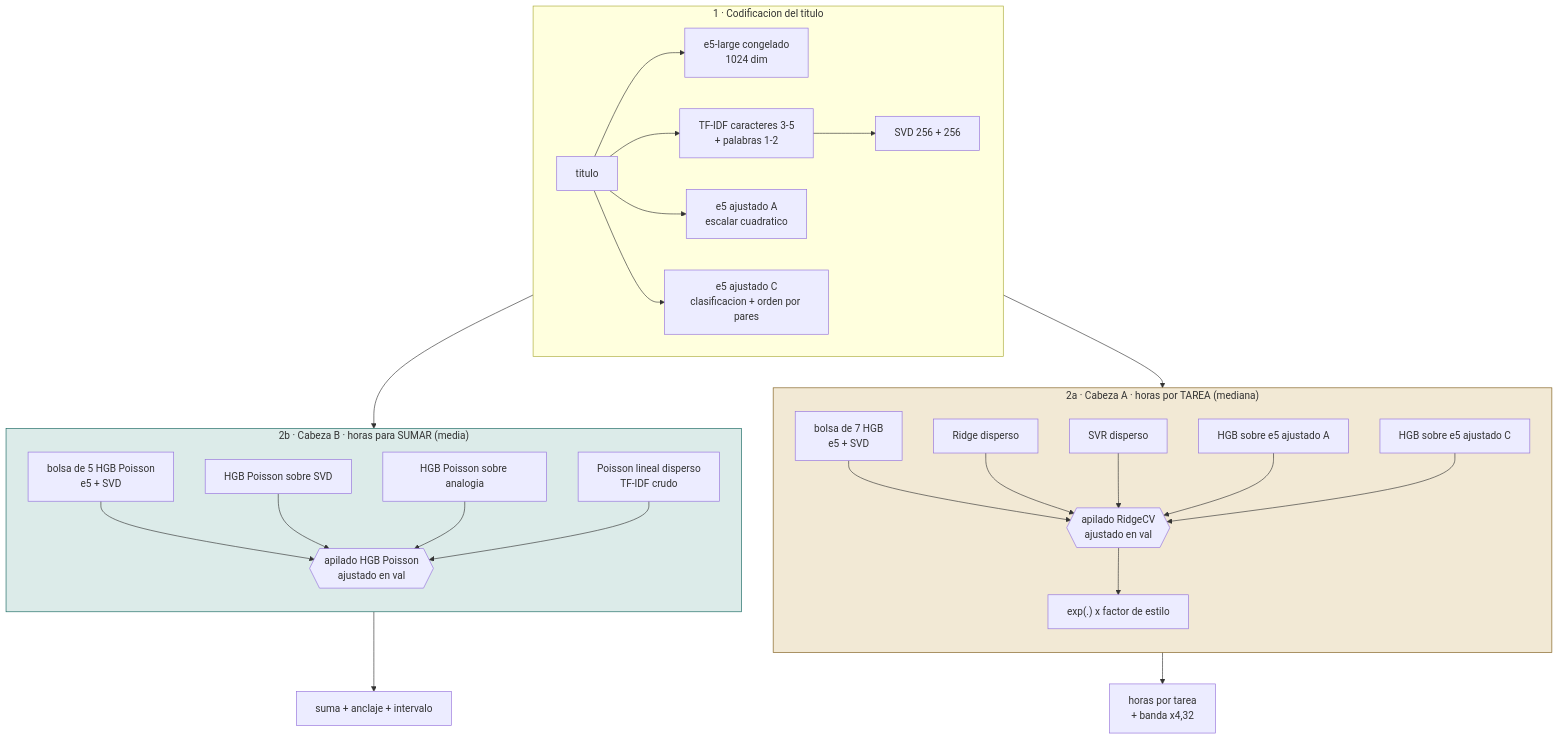
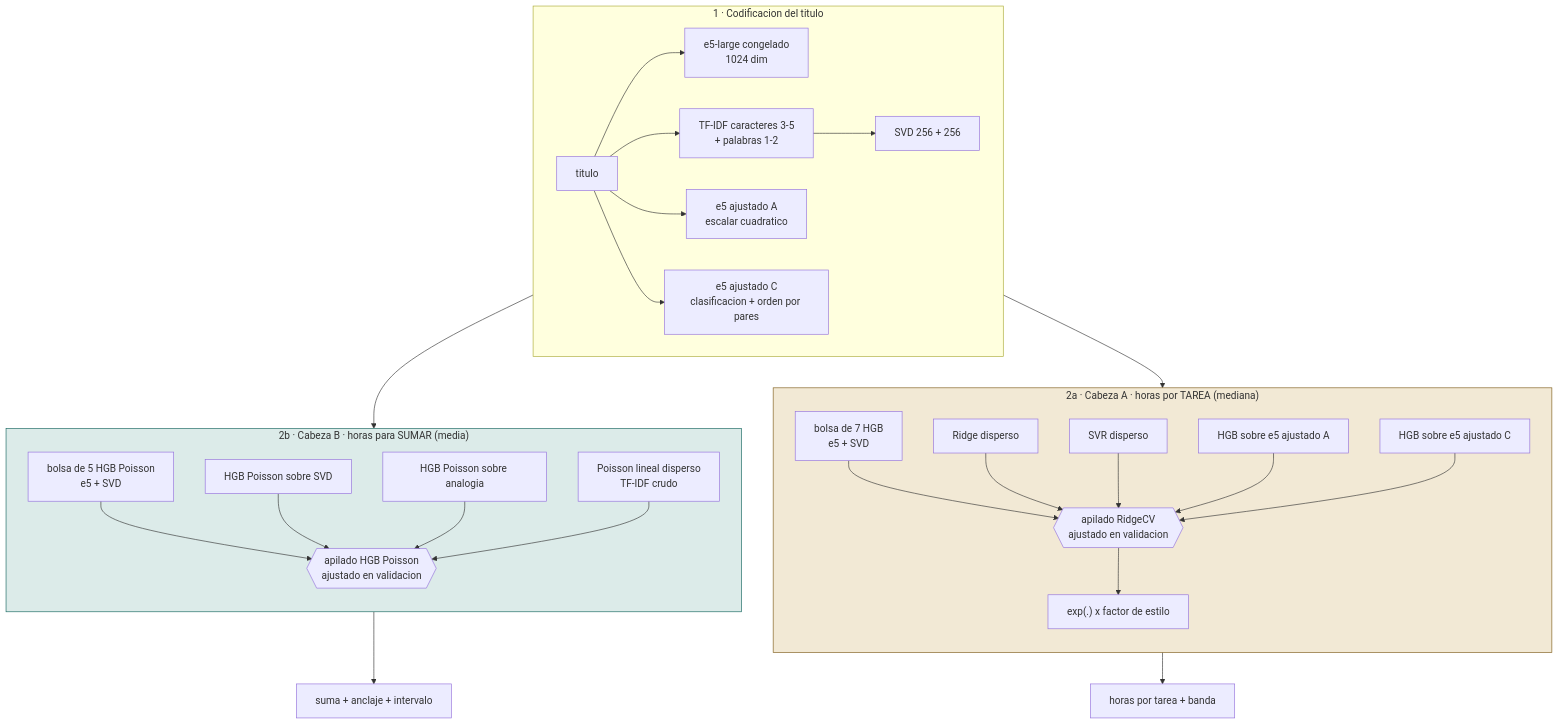
One commit to DTomasVr/Estimacion-progresiva-backlog changed the third of 9 diagrams in estimador/DISENO_PIPELINE.md. Above: the diagram before and after it, drawn with Mermaid. The commit also changed other lines of this file and 1 other file, not shown here.

First line of the commit message:
Todo el diseno vigente en un solo documento, con sus diagramas de flujo

````diff
--- a/estimador/DISENO_PIPELINE.md
+++ b/estimador/DISENO_PIPELINE.md
@@ -121,37 +137,37 @@
 ```mermaid
 flowchart TB
     subgraph COD["1 · Codificacion del titulo"]
         direction LR
         T["titulo"] --> E5["e5-large congelado<br/>1024 dim"]
         T --> TF["TF-IDF caracteres 3-5<br/>+ palabras 1-2"]
         TF --> SVD["SVD 256 + 256"]
         T --> AJ["e5 ajustado A<br/>escalar cuadratico"]
         T --> AC["e5 ajustado C<br/>clasificacion + orden por pares"]
     end
 
-    subgraph A["2a · Cabeza A · horas por TAREA (mediana)"]
+    subgraph CA["2a · Cabeza A · horas por TAREA (mediana)"]
         direction TB
-        A1["bolsa de 7 HGB<br/>e5 + SVD"] --> AP{{"apilado RidgeCV<br/>ajustado en val"}}
+        A1["bolsa de 7 HGB<br/>e5 + SVD"] --> AP{{"apilado RidgeCV<br/>ajustado en validacion"}}
         A2["Ridge disperso"] --> AP
         A3["SVR disperso"] --> AP
         A4["HGB sobre e5 ajustado A"] --> AP
         A5["HGB sobre e5 ajustado C"] --> AP
         AP --> AX["exp(.) x factor de estilo"]
     end
 
-    subgraph B["2b · Cabeza B · horas para SUMAR (media)"]
+    subgraph CB["2b · Cabeza B · horas para SUMAR (media)"]
         direction TB
-        B1["bolsa de 5 HGB Poisson<br/>e5 + SVD"] --> BP{{"apilado HGB Poisson<br/>ajustado en val"}}
+        B1["bolsa de 5 HGB Poisson<br/>e5 + SVD"] --> BP{{"apilado HGB Poisson<br/>ajustado en validacion"}}
         B2["HGB Poisson sobre SVD"] --> BP
         B3["HGB Poisson sobre analogia"] --> BP
         B4["Poisson lineal disperso<br/>TF-IDF crudo"] --> BP
     end
 
-    COD --> A
-    COD --> B
-    AX --> S1["horas por tarea<br/>+ banda x4,32"]
+    COD --> CA
+    COD --> CB
+    AX --> S1["horas por tarea + banda"]
     BP --> S2["suma + anclaje + intervalo"]
 
-    style A fill:#f2e9d5,stroke:#7d5a17
-    style B fill:#dcebe9,stroke:#12645d
+    style CA fill:#f2e9d5,stroke:#7d5a17
+    style CB fill:#dcebe9,stroke:#12645d
 ```
````
